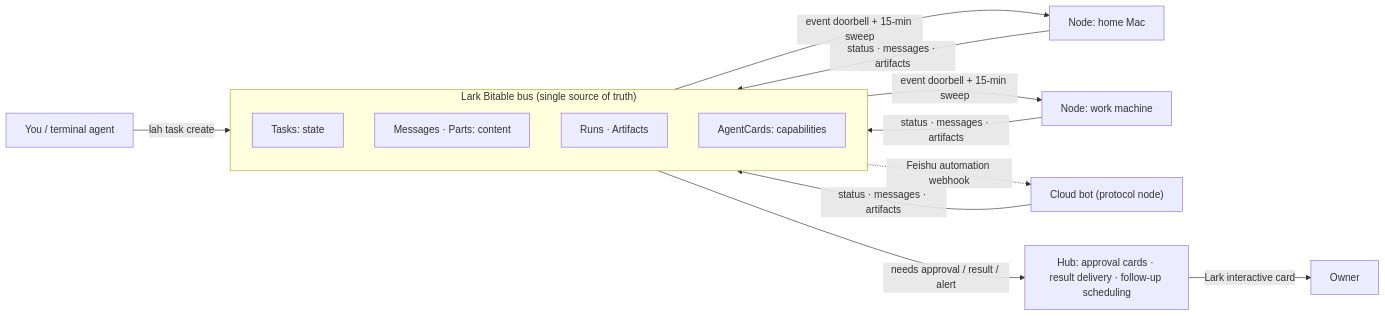
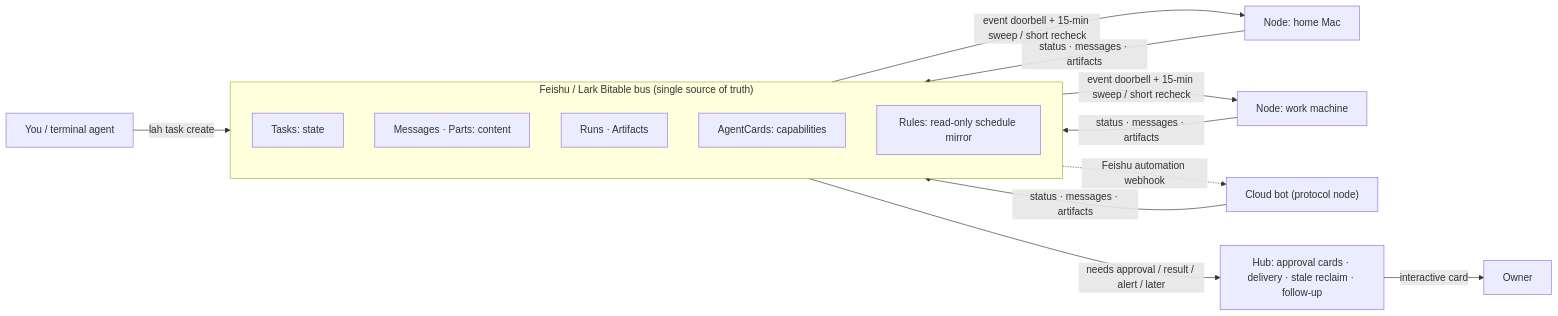
Before and after one commit to backtomyfuture/lark-a2a-hub: the first of 2 diagrams in README.en.md, drawn with Mermaid. The commit also changed other lines of this file and 4 other files, not shown here.

Commit message:
docs(readme): 重构 README 结构并同步至 v0.8.1 / 标准 v3.8（含配图与坏链修复）

````diff
--- a/README.en.md
+++ b/README.en.md
@@ -49,17 +103,18 @@
 ```mermaid
 flowchart LR
     OP["You / terminal agent"] -->|"lah task create"| BUS
-    subgraph BUS["Lark Bitable bus (single source of truth)"]
+    subgraph BUS["Feishu / Lark Bitable bus (single source of truth)"]
         direction TB
         T["Tasks: state"]
         M["Messages · Parts: content"]
         R["Runs · Artifacts"]
         C["AgentCards: capabilities"]
+        L["Rules: read-only schedule mirror"]
     end
-    BUS -->|"event doorbell + 15-min sweep"| N1["Node: home Mac"]
-    BUS -->|"event doorbell + 15-min sweep"| N2["Node: work machine"]
+    BUS -->|"event doorbell + 15-min sweep / short recheck"| N1["Node: home Mac"]
+    BUS -->|"event doorbell + 15-min sweep / short recheck"| N2["Node: work machine"]
     BUS -.->|"Feishu automation webhook"| N3["Cloud bot (protocol node)"]
     N1 & N2 & N3 -->|"status · messages · artifacts"| BUS
-    BUS -->|"needs approval / result / alert"| HUB["Hub: approval cards · result delivery · follow-up scheduling"]
-    HUB -->|"Lark interactive card"| OWNER["Owner"]
+    BUS -->|"needs approval / result / alert / later"| HUB["Hub: approval cards · delivery · stale reclaim · follow-up"]
+    HUB -->|"interactive card"| OWNER["Owner"]
 ```
````
